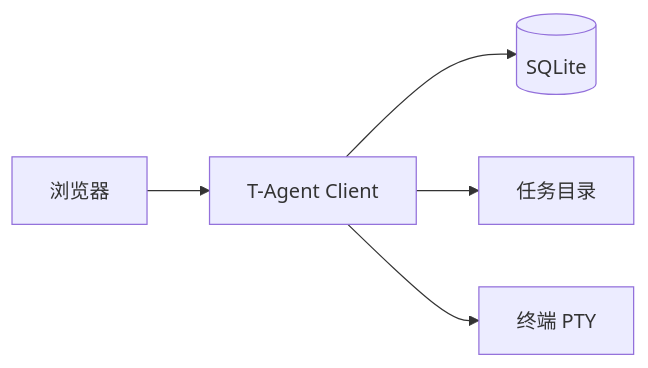
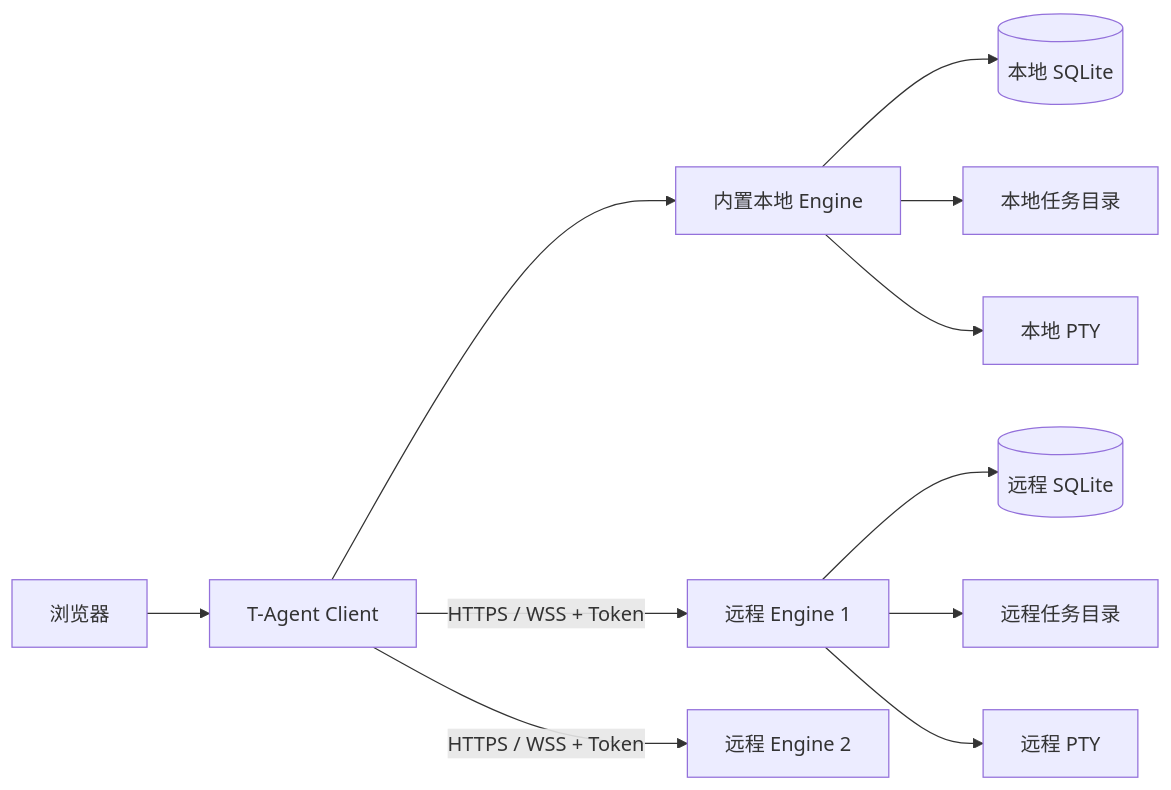
The diagram in README.md (TorinMars/t-agent), drawn with Mermaid before and after one commit. The commit also changed other lines of this file and 75 other files, not shown here.

Commit message:
Restore Client-to-Engine connections and remove only the standalone Engine service in v2.28.2

````diff
--- a/README.md
+++ b/README.md
@@ -11,7 +13,13 @@
 ```mermaid
 flowchart LR
     Browser[浏览器] --> Client[T-Agent Client]
-    Client --> DB[(SQLite)]
-    Client --> Files[任务目录]
-    Client --> PTY[终端 PTY]
+    Client --> Local[内置本地 Engine]
+    Client -->|HTTPS / WSS + Token| Remote1[远程 Engine 1]
+    Client -->|HTTPS / WSS + Token| Remote2[远程 Engine 2]
+    Local --> LocalDB[(本地 SQLite)]
+    Local --> LocalFiles[本地任务目录]
+    Local --> LocalPTY[本地 PTY]
+    Remote1 --> RemoteDB[(远程 SQLite)]
+    Remote1 --> RemoteFiles[远程任务目录]
+    Remote1 --> RemotePTY[远程 PTY]
 ```
````
